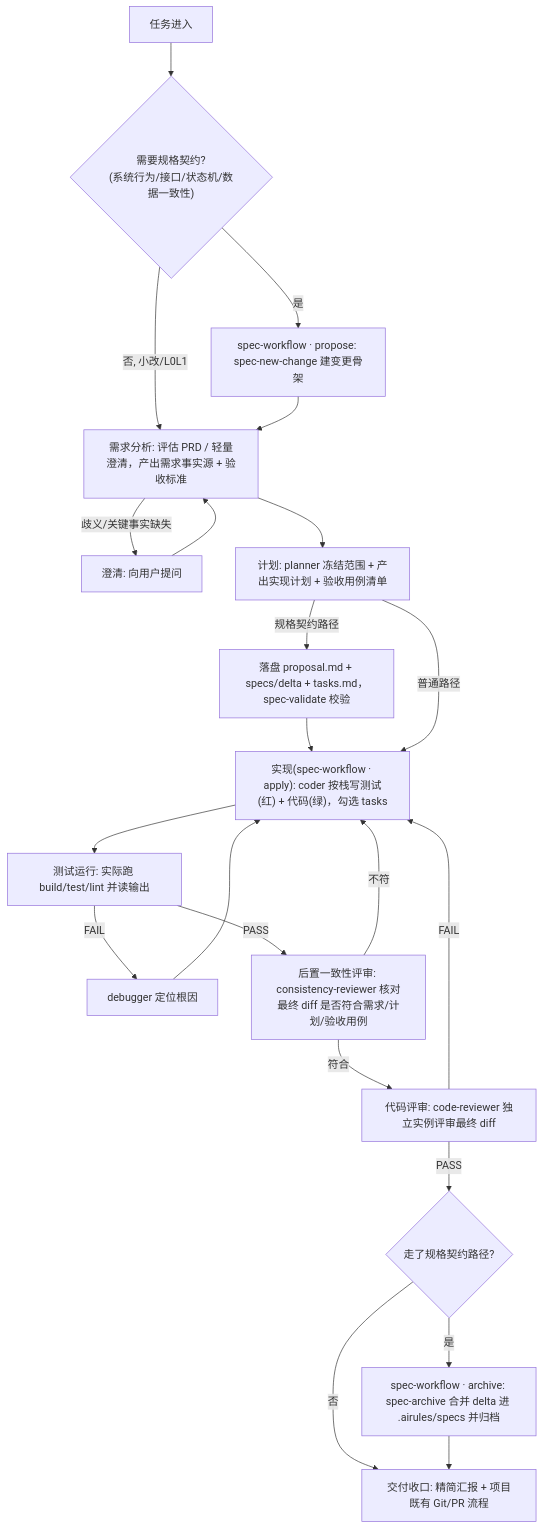
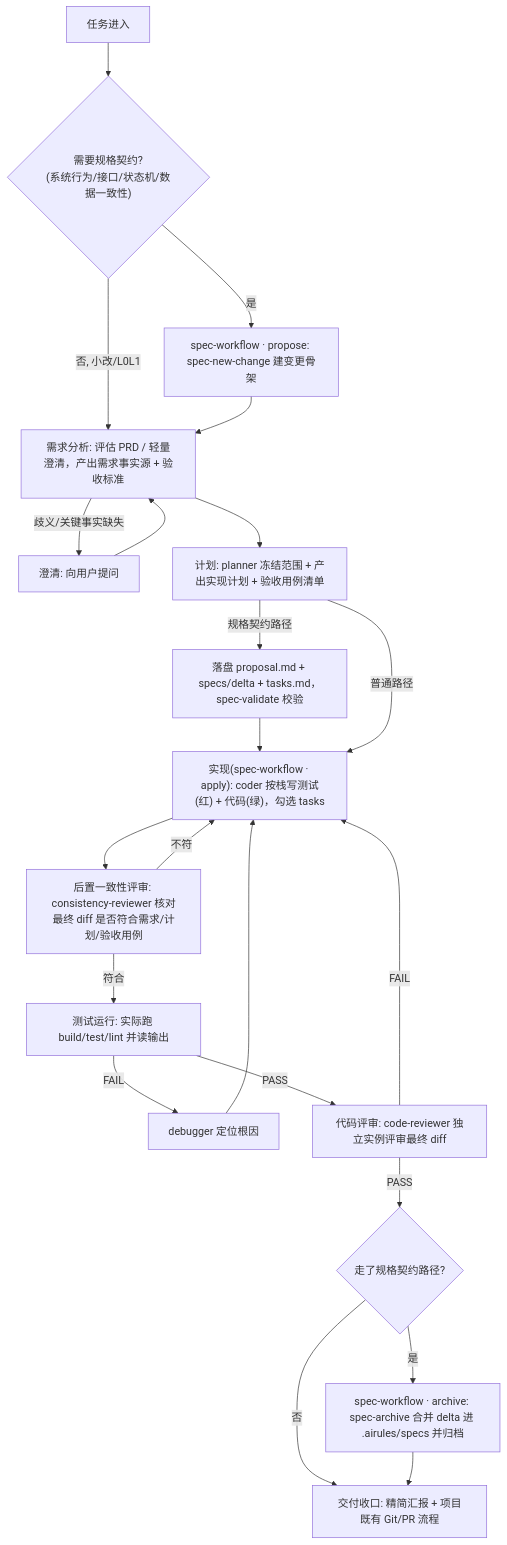
One commit to moluoxixi/AIRules changed the first of 2 diagrams in rules/AGENTS.md. Above: the diagram before and after it, drawn with Mermaid. The commit also changed other lines of this file and 27 other files, not shown here.

````diff
--- a/rules/AGENTS.md
+++ b/rules/AGENTS.md
@@ -7,24 +7,24 @@
 ```mermaid
 flowchart TD
   Intake["任务进入"] --> Gate{"需要规格契约?<br/>(系统行为/接口/状态机/数据一致性)"}
   Gate -->|否, 小改/L0L1| Req
   Gate -->|是| Propose["spec-workflow · propose: spec-new-change 建变更骨架"]
   Propose --> Req
 
   Req["需求分析: 评估 PRD / 轻量澄清，产出需求事实源 + 验收标准"]
   Req -->|歧义/关键事实缺失| Clarify["澄清: 向用户提问"] --> Req
   Req --> Plan["计划: planner 冻结范围 + 产出实现计划 + 验收用例清单"]
   Plan -->|规格契约路径| Spec["落盘 proposal.md + specs/delta + tasks.md，spec-validate 校验"]
   Spec --> Code
   Plan -->|普通路径| Code["实现(spec-workflow · apply): coder 按栈写测试(红) + 代码(绿)，勾选 tasks"]
-  Code --> Test["测试运行: 实际跑 build/test/lint 并读输出"]
+  Code --> Consist["后置一致性评审: consistency-reviewer 核对最终 diff 是否符合需求/计划/验收用例"]
+  Consist -->|不符| Code
+  Consist -->|符合| Test["测试运行: 实际跑 build/test/lint 并读输出"]
   Test -->|FAIL| Debug["debugger 定位根因"] --> Code
-  Test -->|PASS| Consist["后置一致性评审: consistency-reviewer 核对最终 diff 是否符合需求/计划/验收用例"]
-  Consist -->|不符| Code
-  Consist -->|符合| Review["代码评审: code-reviewer 独立实例评审最终 diff"]
+  Test -->|PASS| Review["代码评审: code-reviewer 独立实例评审最终 diff"]
   Review -->|FAIL| Code
   Review -->|PASS| Archive{"走了规格契约路径?"}
   Archive -->|是| DoArchive["spec-workflow · archive: spec-archive 合并 delta 进 .airules/specs 并归档"]
   Archive -->|否| Done
   DoArchive --> Done["交付收口: 精简汇报 + 项目既有 Git/PR 流程"]
 ```
````
